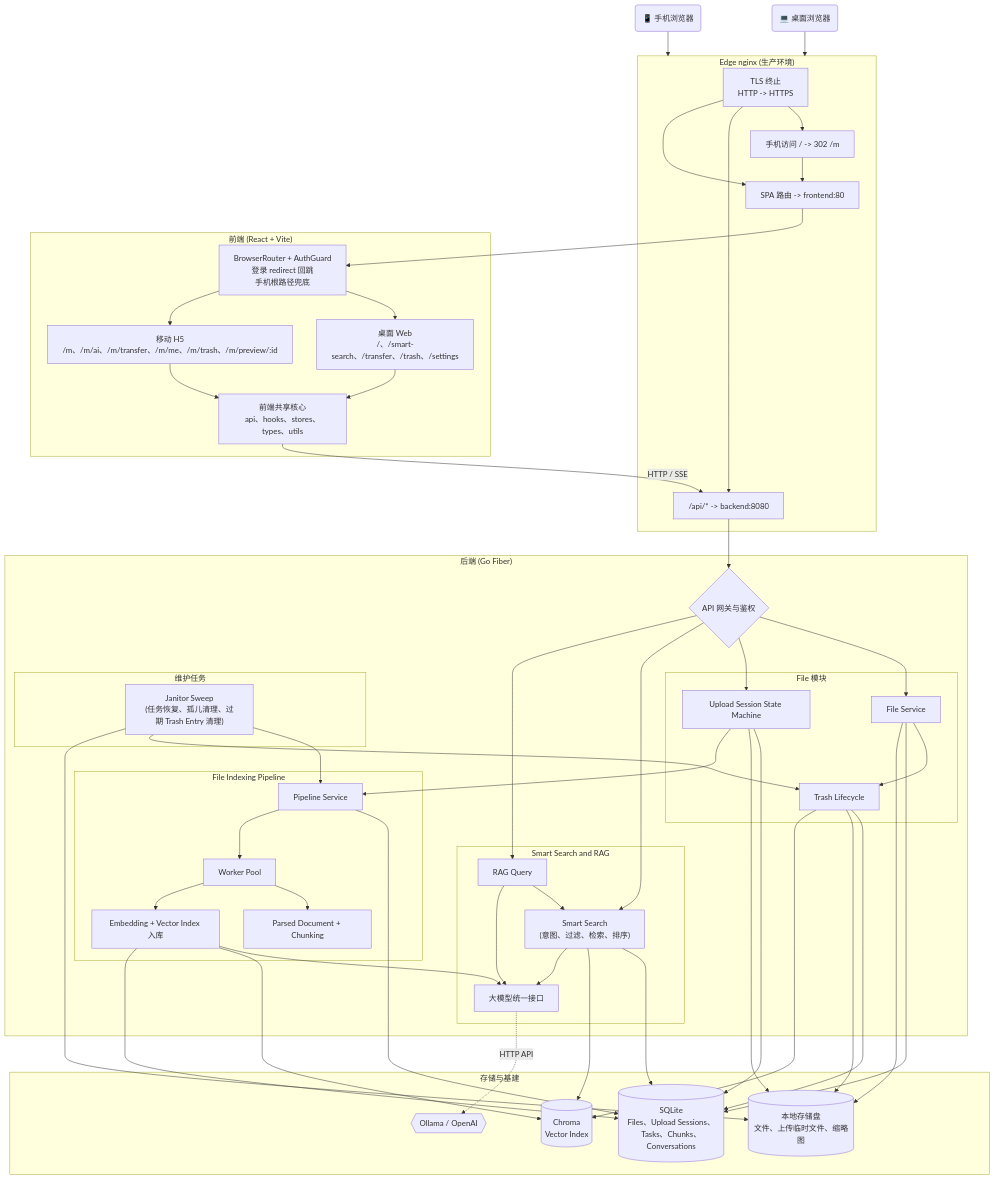
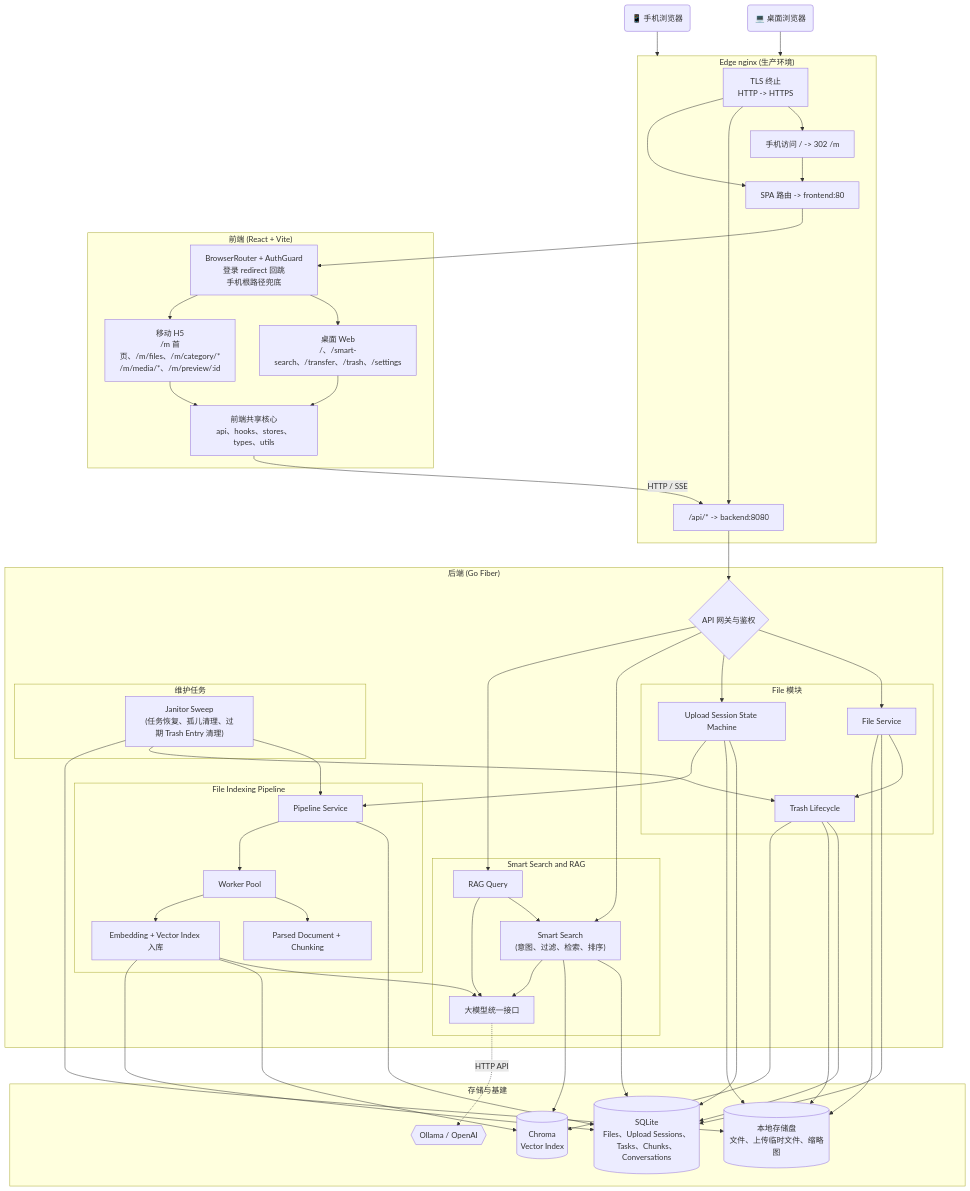
The diagram in README-ZH.md (memo-drive/memo-drive), drawn with Mermaid before and after one commit. The commit also changed other lines of this file and 77 other files, not shown here.

```diff
--- a/README-ZH.md
+++ b/README-ZH.md
@@ -48,7 +52,7 @@
         Router["BrowserRouter + AuthGuard\n登录 redirect 回跳\n手机根路径兜底"]
         Shared["前端共享核心\napi、hooks、stores、types、utils"]
         DesktopUI["桌面 Web\n/、/smart-search、/transfer、/trash、/settings"]
-        MobileUI["移动 H5\n/m、/m/ai、/m/transfer、/m/me、/m/trash、/m/preview/:id"]
+        MobileUI["移动 H5\n/m 首页、/m/files、/m/category/*\n/m/media/*、/m/preview/:id"]
     end
 
     subgraph Backend ["后端 (Go Fiber)"]
```
